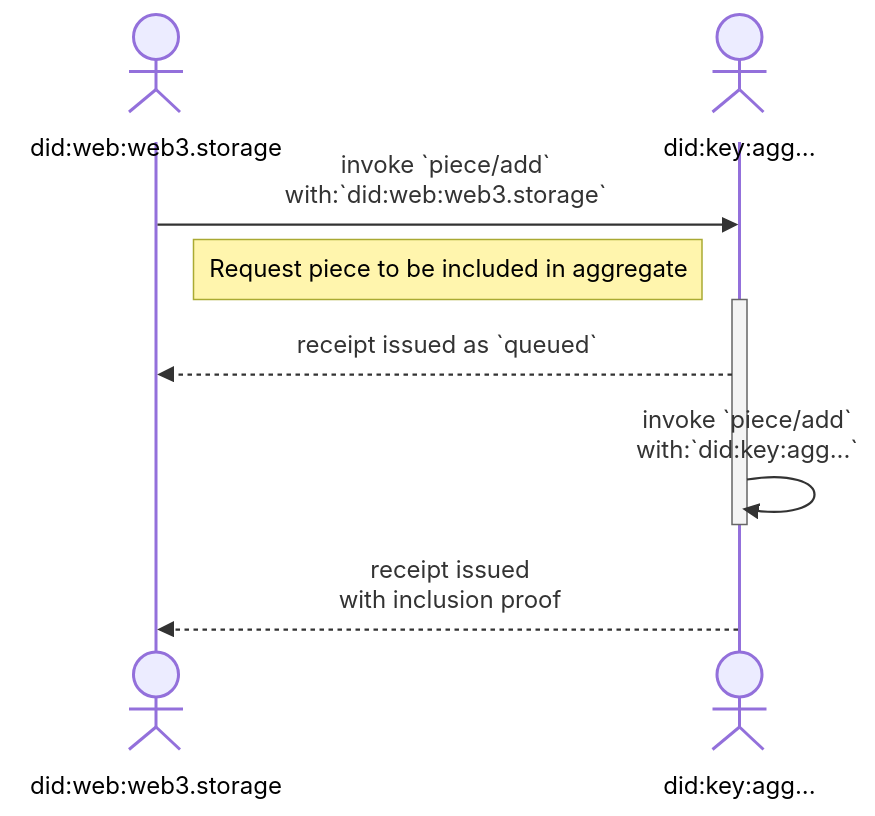
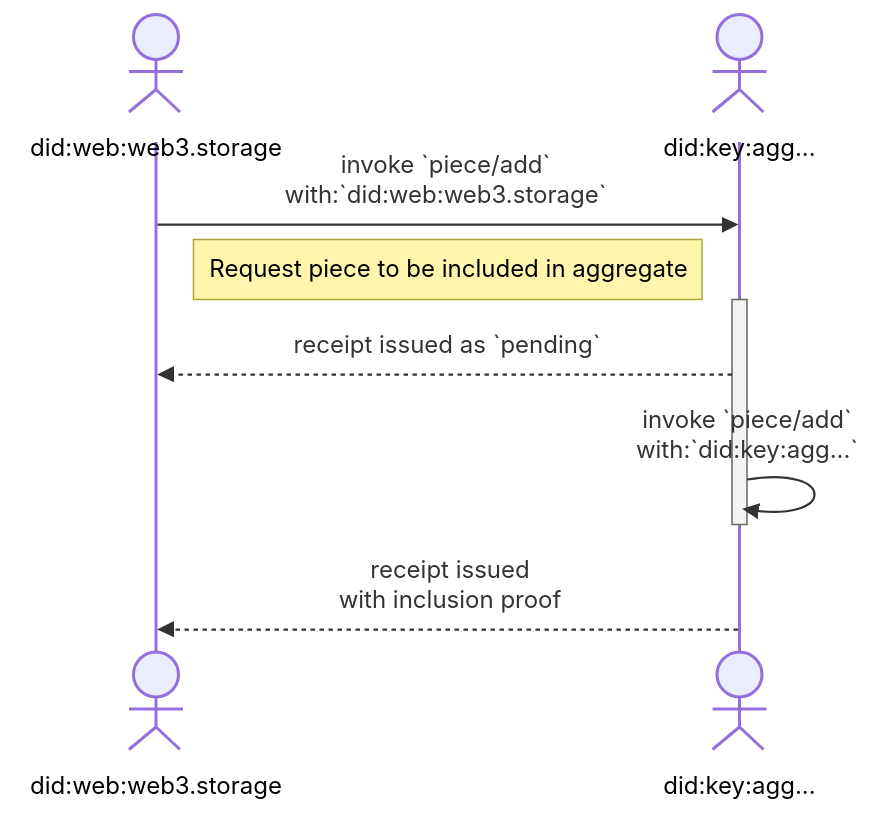
The second of 4 diagrams in w3-filecoin.md (storacha/specs), drawn with Mermaid before and after one commit. The commit also changed other lines of this file, not shown here.

````diff
--- a/w3-filecoin.md
+++ b/w3-filecoin.md
@@ -105,13 +105,13 @@
 ```mermaid
 sequenceDiagram
     actor Storefront as <br/><br/>did:web:web3.storage
     actor Aggregator as <br/><br/>did:key:agg...
 
     Storefront->>Aggregator: invoke `piece/add`<br>with:`did:web:web3.storage`
     Note left of Aggregator: Request piece to be included in aggregate
     activate Aggregator
-    Aggregator-->>Storefront: receipt issued as `queued`
+    Aggregator-->>Storefront: receipt issued as `pending`
     Aggregator->>Aggregator: invoke `piece/add`<br>with:`did:key:agg...`
     deactivate Aggregator
     Aggregator-->>Storefront: receipt issued <br>with inclusion proof
 ```
````
